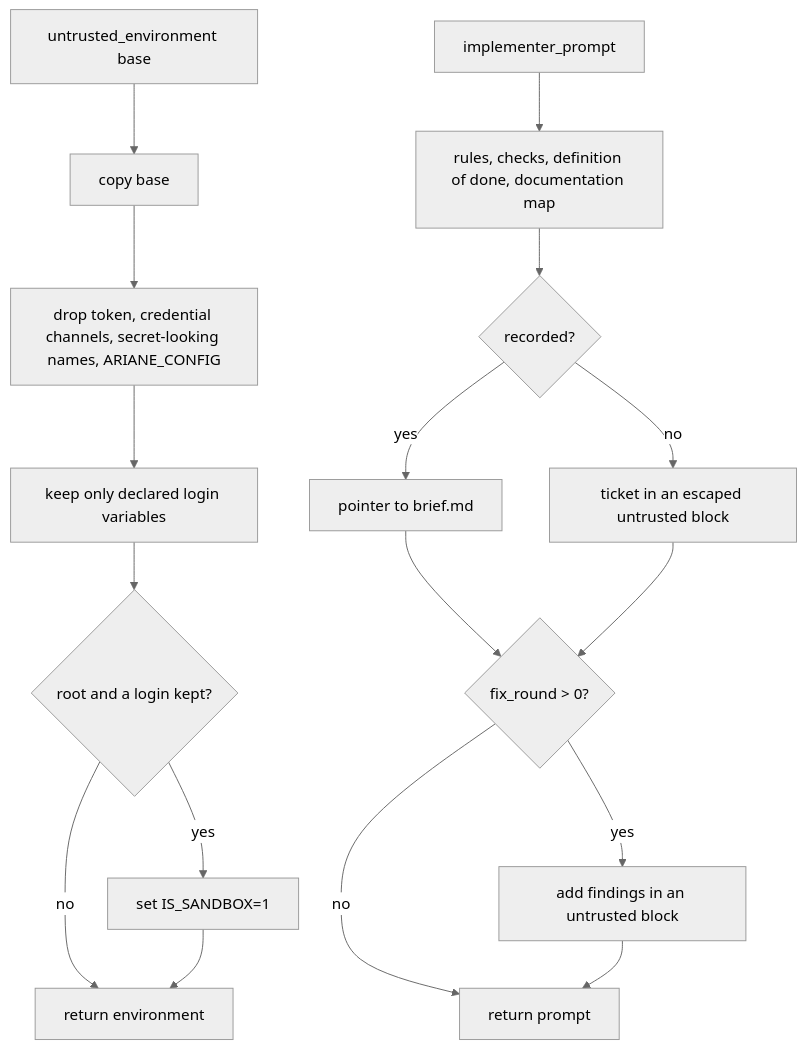
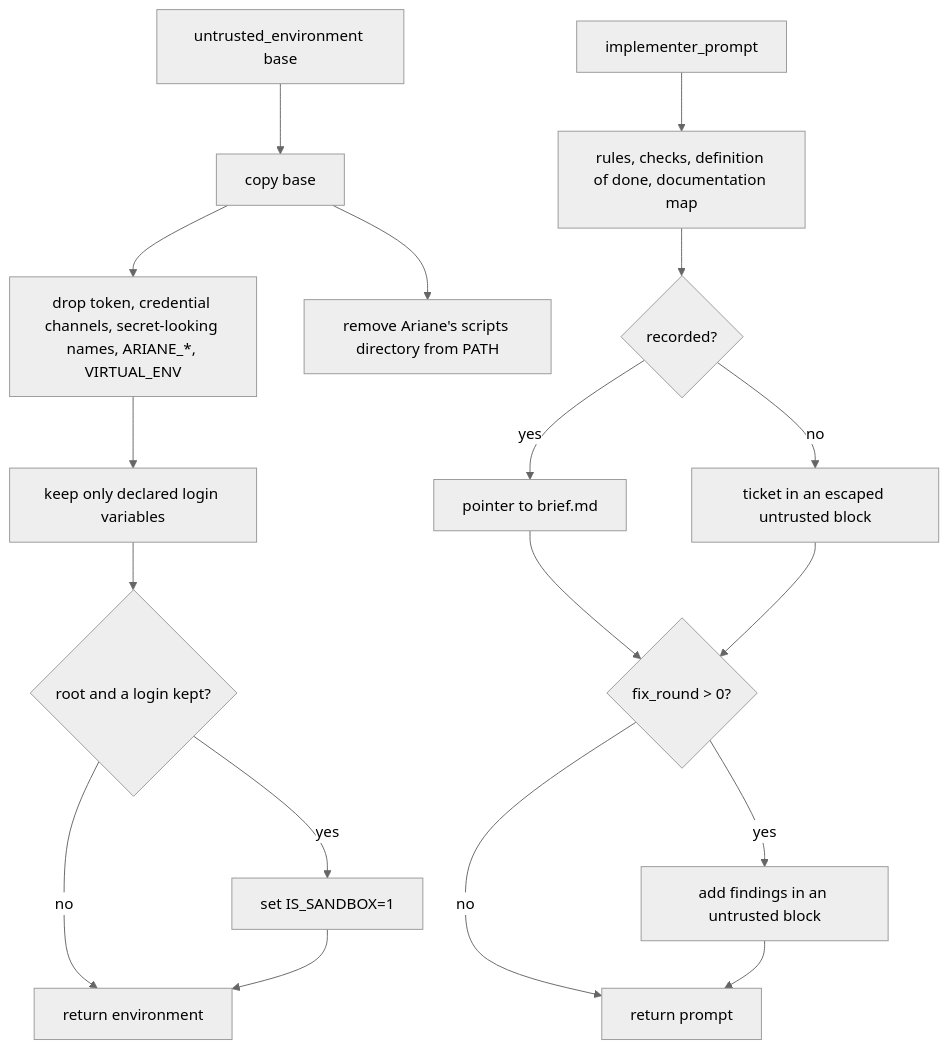
The first of 3 diagrams in docs/architecture/modules/context.md (plaplanche/ariane), drawn with Mermaid (neutral theme) before and after one commit. The commit also changed other lines of this file and 5 other files, not shown here.

Commit message:
#132: Keep Ariane's own virtual environment and ARIANE_* variables out of the project's checks and agents (C9, C5, C22)

````diff
--- a/docs/architecture/modules/context.md
+++ b/docs/architecture/modules/context.md
@@ -23,19 +23,20 @@
 ```mermaid
 flowchart TD
   A[untrusted_environment base] --> B[copy base]
-  B --> C[drop token, credential channels, secret-looking names, ARIANE_CONFIG]
+  B --> C[drop token, credential channels, secret-looking names, ARIANE_*, VIRTUAL_ENV]
+  B --> B2[remove Ariane's scripts directory from PATH]
   C --> D[keep only declared login variables]
   D --> E{root and a login kept?}
   E -- yes --> F[set IS_SANDBOX=1]
   E -- no --> G[return environment]
   F --> G
   H[implementer_prompt] --> I[rules, checks, definition of done, documentation map]
   I --> J{recorded?}
   J -- yes --> K[pointer to brief.md]
   J -- no --> L[ticket in an escaped untrusted block]
   K --> M{fix_round > 0?}
   L --> M
   M -- yes --> N[add findings in an untrusted block]
   M -- no --> O[return prompt]
   N --> O
 ```
````
